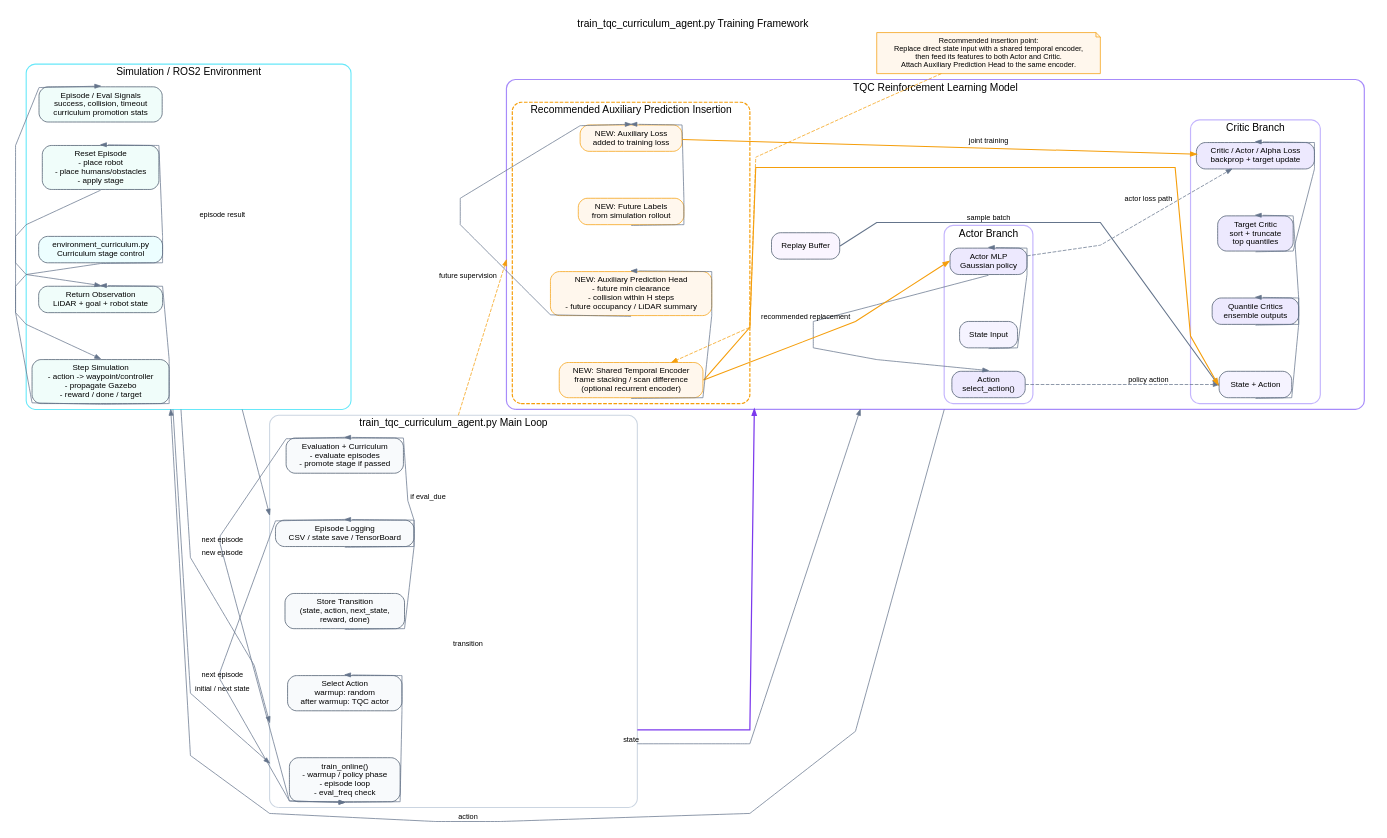
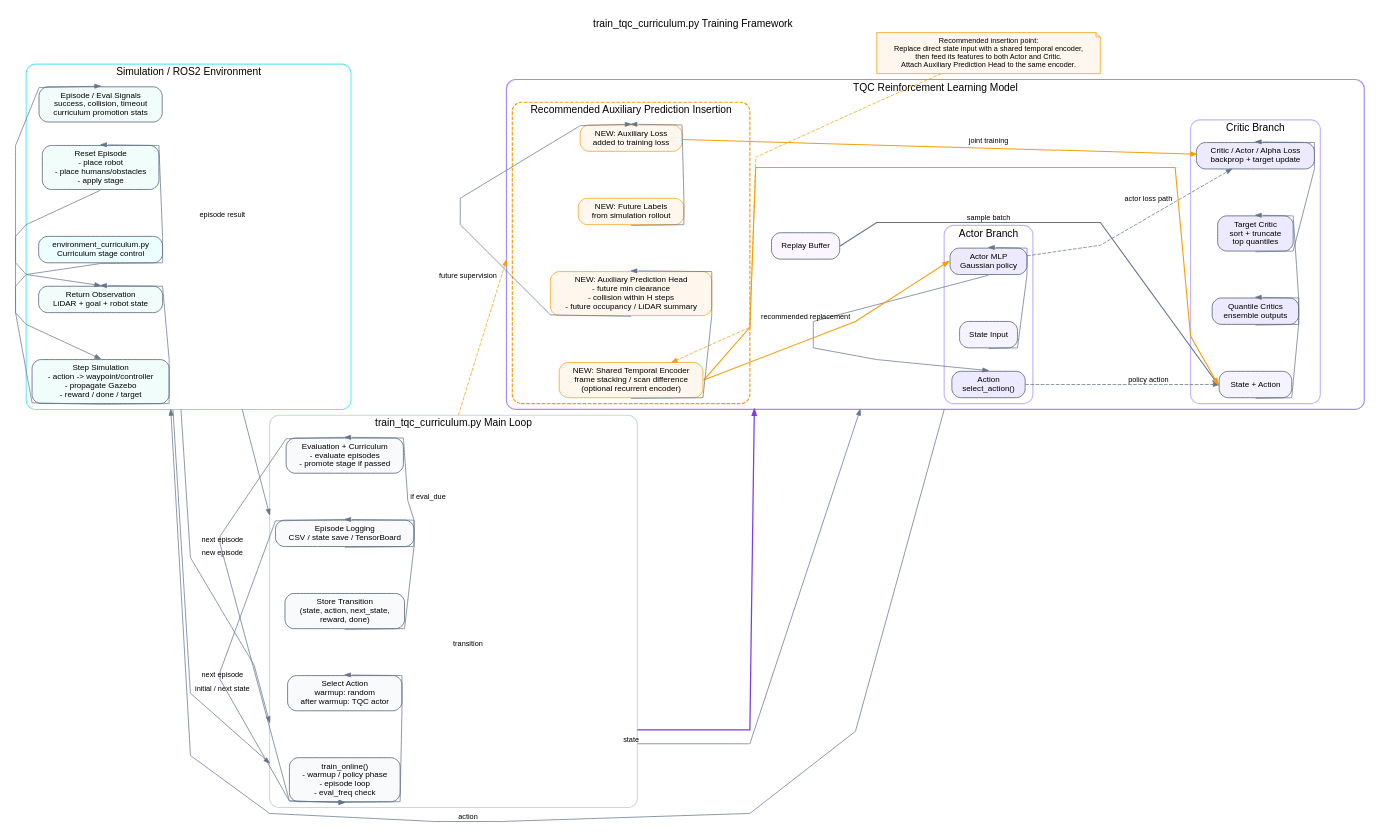
One commit to SangukBae/DRL_Robot_Path_Planning changed the diagram in docs/assets/train_tqc_curriculum_framework.dot. Above: the diagram before and after it, drawn with Graphviz. The commit also changed 15 other files, not shown here.

```diff
--- a/docs/assets/train_tqc_curriculum_framework.dot
+++ b/docs/assets/train_tqc_curriculum_framework.dot
@@ -8,7 +8,7 @@
   pad=0.2;
   bgcolor="white";
   labelloc="t";
-  label="train_tqc_curriculum_agent.py Training Framework";
+  label="train_tqc_curriculum.py Training Framework";
   fontname="Helvetica";
 
   graph [fontname="Helvetica"];
@@ -92,7 +92,7 @@
   }
 
   subgraph cluster_loop {
-    label="train_tqc_curriculum_agent.py Main Loop";
+    label="train_tqc_curriculum.py Main Loop";
     color="#cbd5e1";
     style="rounded";
     penwidth=1.4;
```
